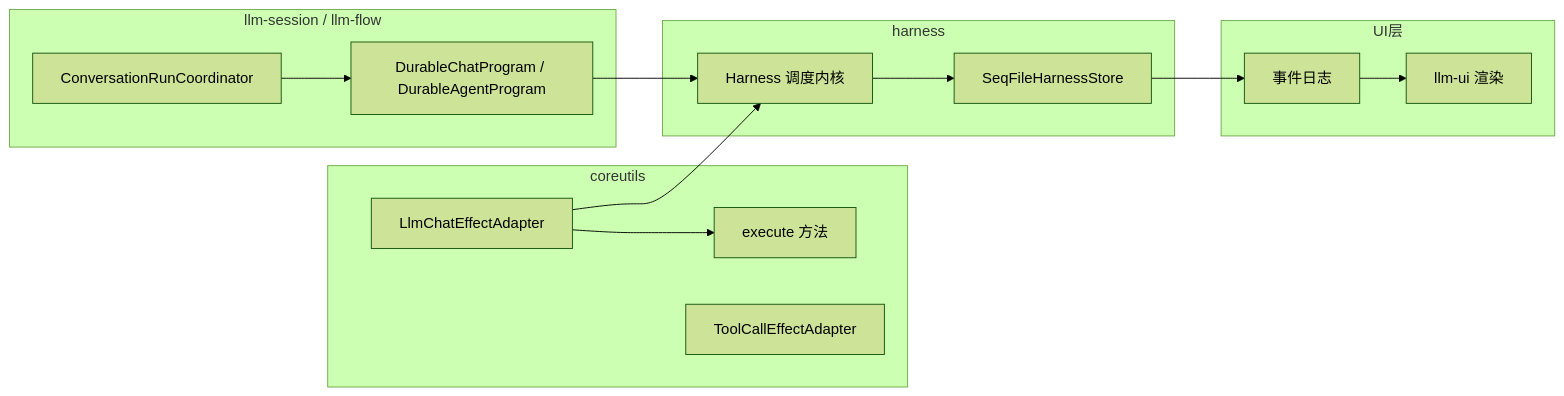
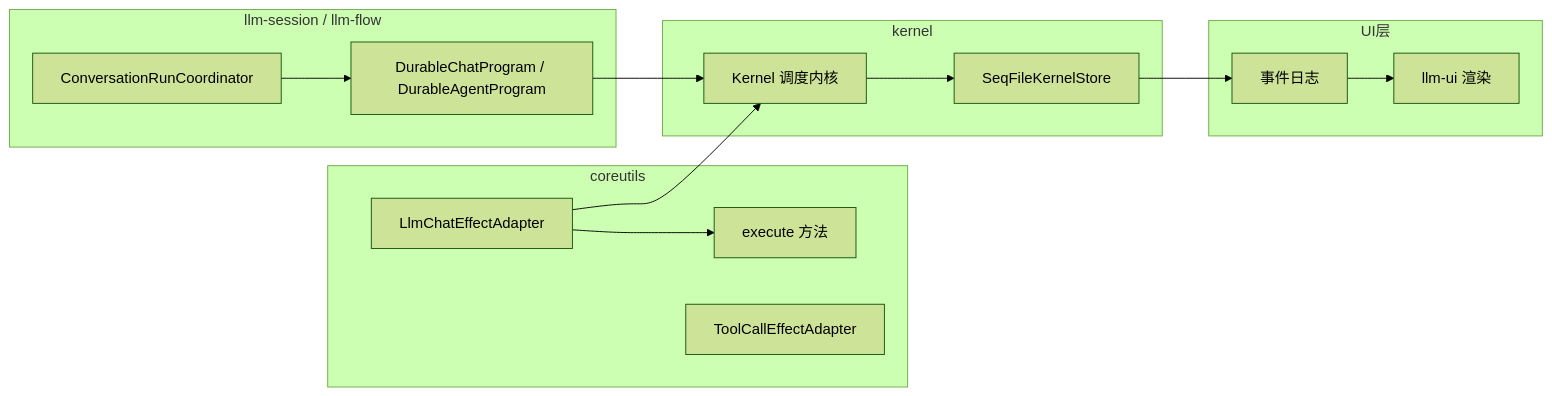
Before and after one commit to mushuanli/itookit: the ninth of 9 diagrams in doc/feat/harness-design.md, drawn with Mermaid (forest theme). The commit also changed other lines of this file and 474 other files, not shown here.

````diff
--- a/doc/feat/harness-design.md
+++ b/doc/feat/harness-design.md
@@ -349,24 +349,24 @@
 ```mermaid
 flowchart LR
   subgraph llmconv["llm-session / llm-flow"]
     A[ConversationRunCoordinator] --> B[DurableChatProgram / DurableAgentProgram]
   end
   subgraph coreutils["coreutils"]
     C[LlmChatEffectAdapter] --> D[execute 方法]
     E[ToolCallEffectAdapter]
   end
-  subgraph harness["harness"]
-    F[Harness 调度内核]
-    G[SeqFileHarnessStore]
+  subgraph kernel["kernel"]
+    F[Kernel 调度内核]
+    G[SeqFileKernelStore]
   end
   subgraph ui["UI层"]
     H[事件日志]
     I[llm-ui 渲染]
   end
 
   B --> F
   C --> F
   F --> G
   G --> H
   H --> I
 ```
````
